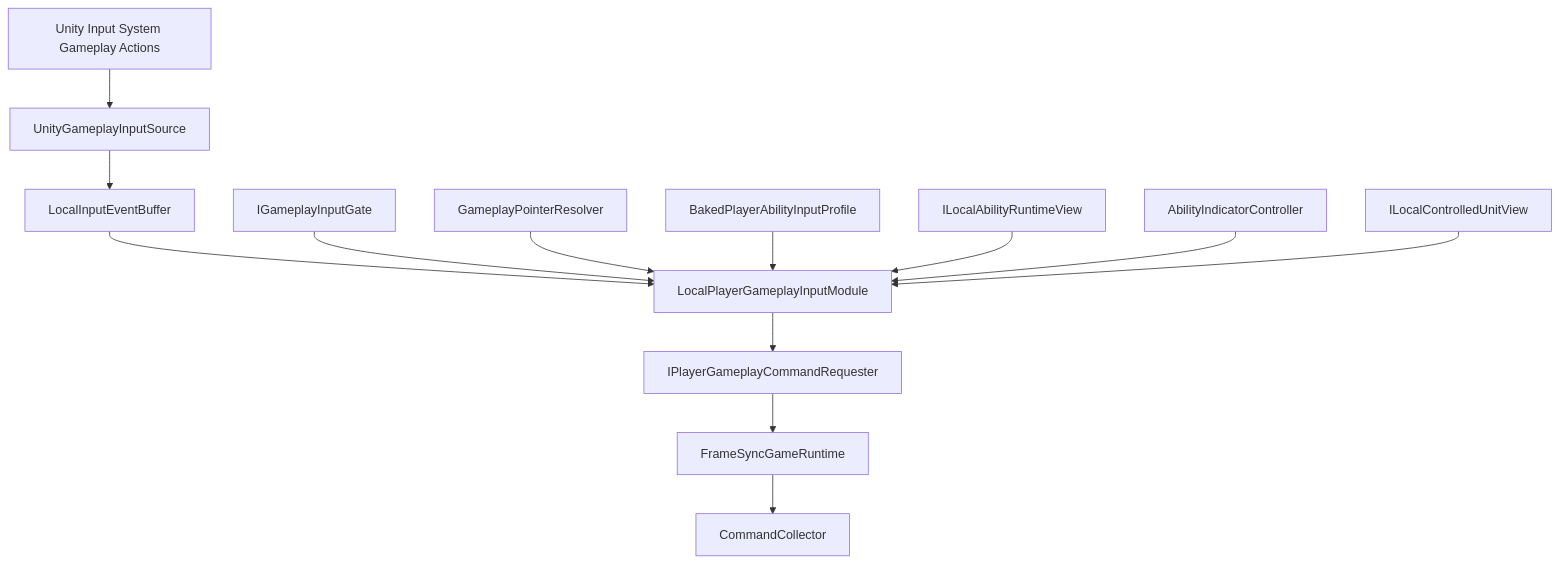
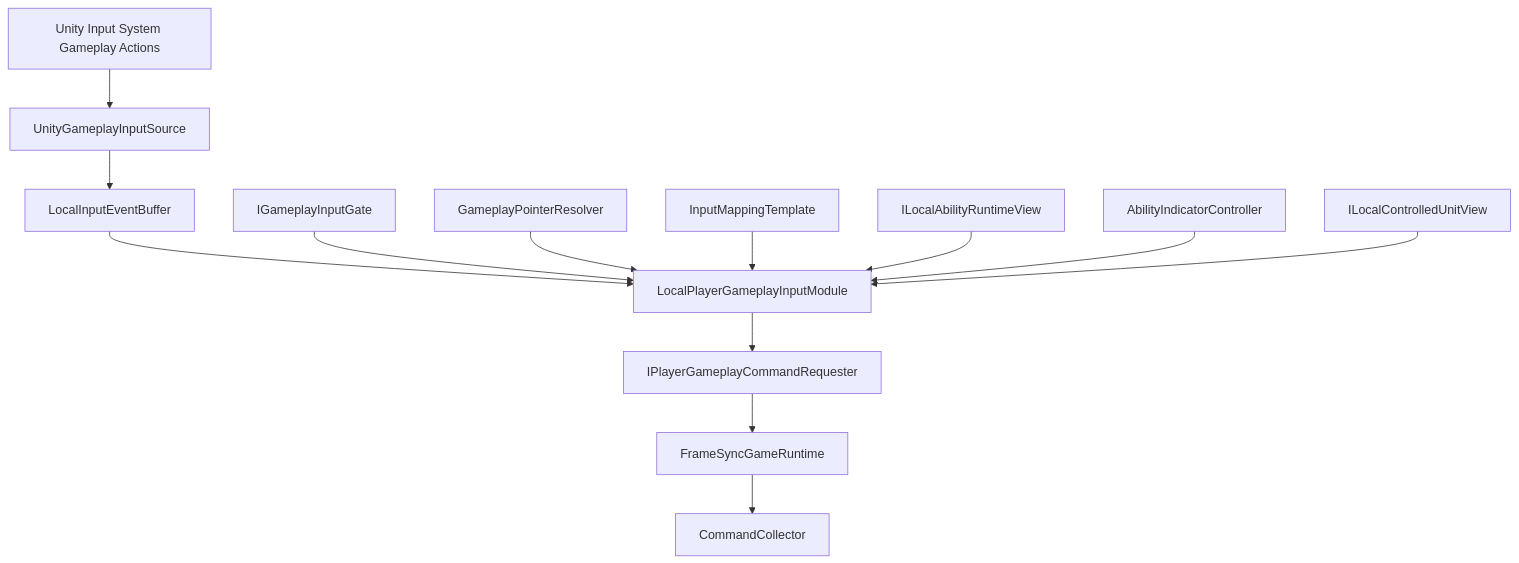
The diagram in Docs/Design/MOBA_Player_Input_Command_Module_Design_v1_1.md (Mosya-CX/FrameSyncMobaDemo), drawn with Mermaid before and after one commit. The commit also changed other lines of this file and 808 other files, not shown here.

````diff
--- a/Docs/Design/MOBA_Player_Input_Command_Module_Design_v1_1.md
+++ b/Docs/Design/MOBA_Player_Input_Command_Module_Design_v1_1.md
@@ -150,17 +154,17 @@
 ```mermaid
 flowchart TD
     A[Unity Input System Gameplay Actions] --> B[UnityGameplayInputSource]
     B --> C[LocalInputEventBuffer]
     C --> D[LocalPlayerGameplayInputModule]
 
     E[IGameplayInputGate] --> D
     F[GameplayPointerResolver] --> D
-    G[BakedPlayerAbilityInputProfile] --> D
+    G[InputMappingTemplate] --> D
     H[ILocalAbilityRuntimeView] --> D
     I[AbilityIndicatorController] --> D
     J[ILocalControlledUnitView] --> D
 
     D --> K[IPlayerGameplayCommandRequester]
     K --> L[FrameSyncGameRuntime]
     L --> M[CommandCollector]
 ```
````
